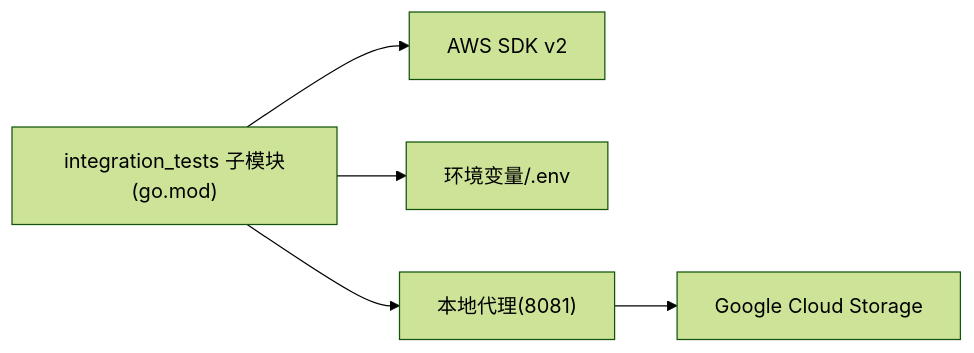
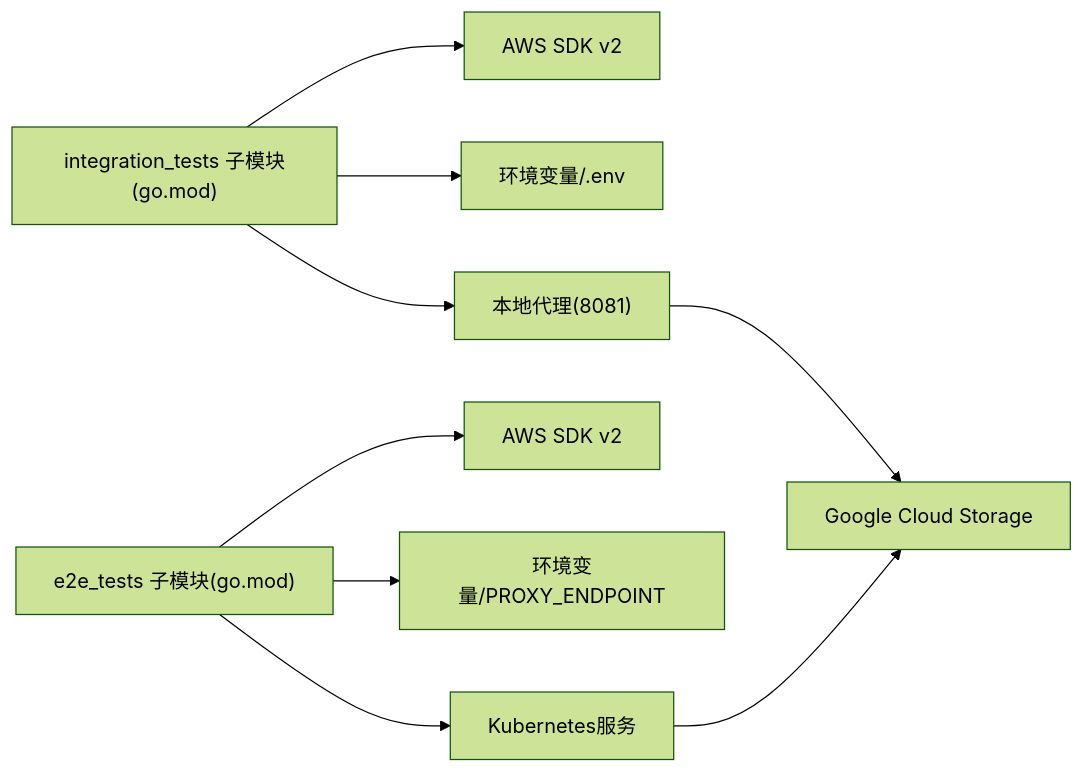
The ninth of 9 diagrams in .qoder/repowiki/zh/content/测试策略/集成测试.md (flying1574/S3Proxy4GCS), drawn with Mermaid (forest theme) before and after one commit. The commit also changed other lines of this file and 6 other files, not shown here.

````diff
--- a/.qoder/repowiki/zh/content/测试策略/集成测试.md
+++ b/.qoder/repowiki/zh/content/测试策略/集成测试.md
@@ -318,7 +427,11 @@
 ```mermaid
 graph LR
-IT["integration_tests 子模块(go.mod)"] --> AWS["AWS SDK v2"]
+IT["integration_tests 子模块(go.mod)"] --> AWS1["AWS SDK v2"]
+E2E["e2e_tests 子模块(go.mod)"] --> AWS2["AWS SDK v2"]
 IT --> ENV["环境变量/.env"]
+E2E --> ENV2["环境变量/PROXY_ENDPOINT"]
 IT --> PROXY["本地代理(8081)"]
+E2E --> PROXY2["Kubernetes服务"]
 PROXY --> GCS["Google Cloud Storage"]
+PROXY2 --> GCS
 ```
````
